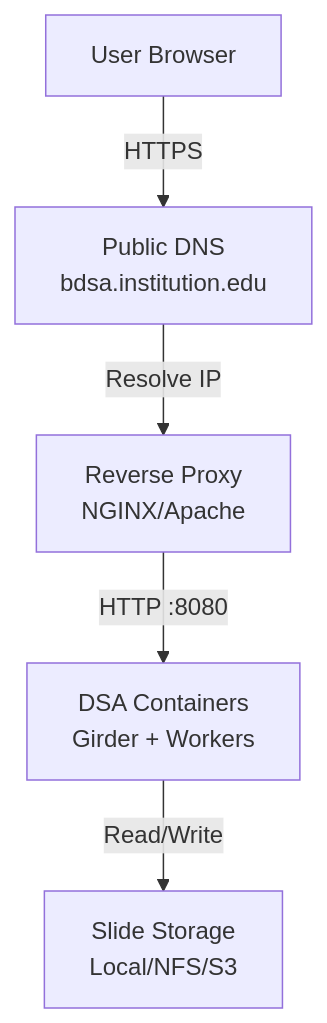
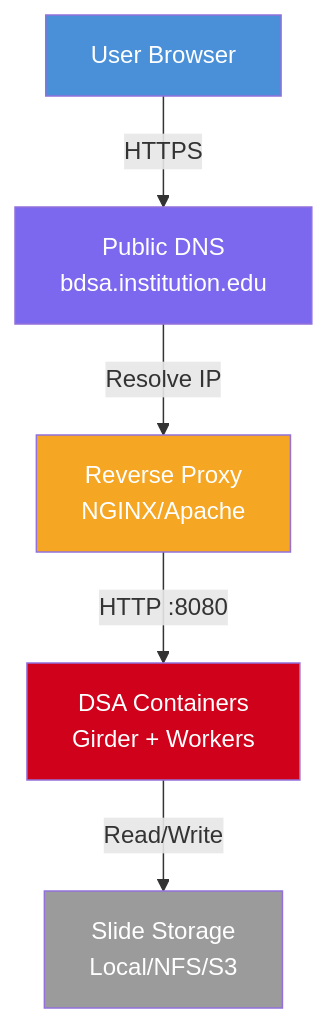
One commit to Kentucky-Open-Science/BDSA_Setup_Documentation changed the first of 5 diagrams in README.md. Above: the diagram before and after it, drawn with Mermaid. The commit also changed other lines of this file, not shown here.

Commit message:
move the architecture diagrams

````diff
--- a/README.md
+++ b/README.md
@@ -753,7 +128,13 @@
 ```mermaid
 graph TD
     A[User Browser] -->|HTTPS| B[Public DNS<br>bdsa.institution.edu]
     B -->|Resolve IP| C[Reverse Proxy<br>NGINX/Apache]
     C -->|HTTP :8080| D[DSA Containers<br>Girder + Workers]
     D -->|Read/Write| E[Slide Storage<br>Local/NFS/S3]
+
+    style A fill:#4A90D9,color:#fff
+    style B fill:#7B68EE,color:#fff
+    style C fill:#F5A623,color:#fff
+    style D fill:#D0021B,color:#fff
+    style E fill:#9B9B9B,color:#fff
 ```
````
